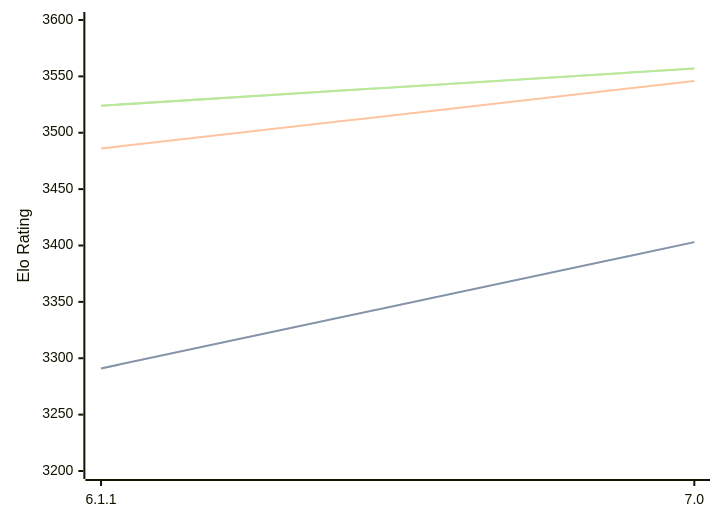
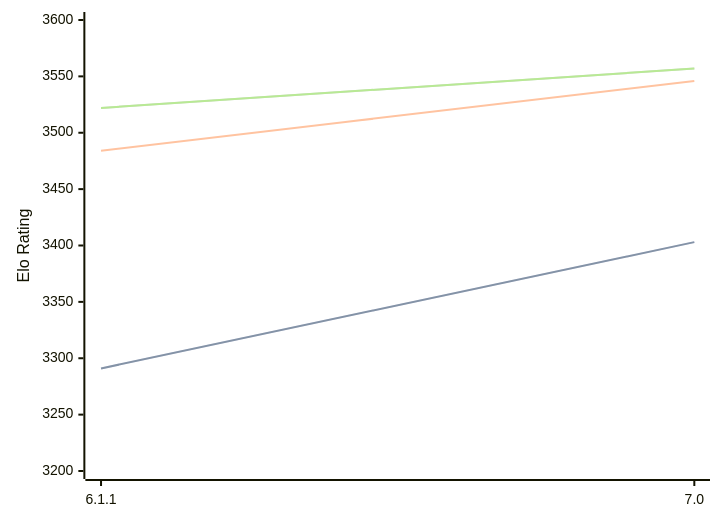
The diagram in engines/Astra.md (computer-chess-index/cci), drawn with Mermaid before and after one commit. The commit also changed other lines of this file, not shown here.

Commit message:
Update CCI Ratings (ELO VLTC) - 2026-10-01

````diff
--- a/engines/Astra.md
+++ b/engines/Astra.md
@@ -32,11 +32,11 @@
 ```mermaid
 %%{init: {"theme":"base","themeVariables":{"seriesColors:['#a3a3a3','#222221','#faa371']}}}%%
 xychart-beta
   x-axis ["6.1.1", "7.0"]
   y-axis "Elo Rating" 3200 --> 3600
   line "" [3291, 3403]
   line "STC (8.0+0.08s)" [3291, 3403]
-  line "LTC (60.0+0.60s)" [3486, 3546]
-  line "" [3524, 3557]
-  line "VLTC (2m24s+1.12s)" [3524, 3557]
+  line "LTC (60.0+0.60s)" [3484, 3546]
+  line "" [3522, 3557]
+  line "VLTC (2m24s+1.12s)" [3522, 3557]
 ```
````
